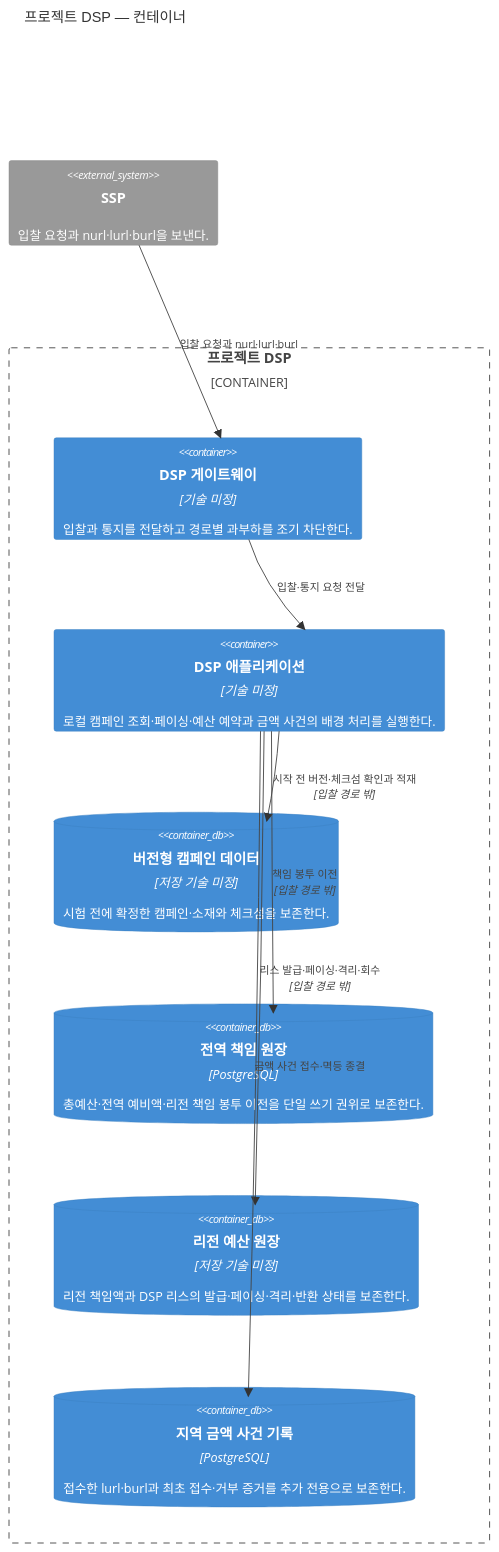
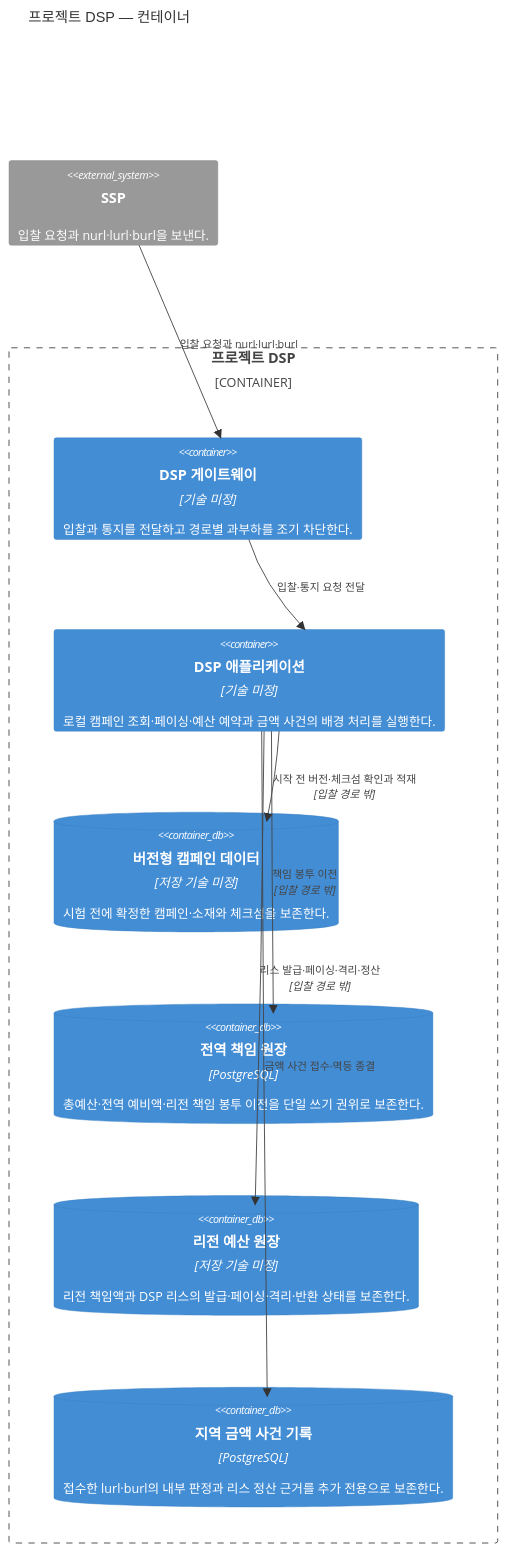
Before and after one commit to bbororo5/low-latency-openrtb-auction: the diagram in docs/architecture/views/dsp-containers.md, drawn with Mermaid. The commit also changed other lines of this file and 19 other files, not shown here.

````diff
--- a/docs/architecture/views/dsp-containers.md
+++ b/docs/architecture/views/dsp-containers.md
@@ -9,24 +9,24 @@
 ```mermaid
 C4Container
     title 프로젝트 DSP — 컨테이너
 
     System_Ext(ssp, "SSP", "입찰 요청과 nurl·lurl·burl을 보낸다.")
 
     Container_Boundary(project_dsp, "프로젝트 DSP") {
         Container(gateway, "DSP 게이트웨이", "기술 미정", "입찰과 통지를 전달하고 경로별 과부하를 조기 차단한다.")
         Container(dsp_application, "DSP 애플리케이션", "기술 미정", "로컬 캠페인 조회·페이싱·예산 예약과 금액 사건의 배경 처리를 실행한다.")
         ContainerDb(campaign_store, "버전형 캠페인 데이터", "저장 기술 미정", "시험 전에 확정한 캠페인·소재와 체크섬을 보존한다.")
         ContainerDb(global_ledger, "전역 책임 원장", "PostgreSQL", "총예산·전역 예비액·리전 책임 봉투 이전을 단일 쓰기 권위로 보존한다.")
         ContainerDb(regional_ledger, "리전 예산 원장", "저장 기술 미정", "리전 책임액과 DSP 리스의 발급·페이싱·격리·반환 상태를 보존한다.")
-        ContainerDb(money_store, "지역 금액 사건 기록", "PostgreSQL", "접수한 lurl·burl과 최초 접수·거부 증거를 추가 전용으로 보존한다.")
+        ContainerDb(money_store, "지역 금액 사건 기록", "PostgreSQL", "접수한 lurl·burl의 내부 판정과 리스 정산 근거를 추가 전용으로 보존한다.")
     }
 
     Rel(ssp, gateway, "입찰 요청과 nurl·lurl·burl")
     Rel(gateway, dsp_application, "입찰·통지 요청 전달")
     Rel(dsp_application, campaign_store, "시작 전 버전·체크섬 확인과 적재", "입찰 경로 밖")
     Rel(dsp_application, global_ledger, "책임 봉투 이전", "입찰 경로 밖")
-    Rel(dsp_application, regional_ledger, "리스 발급·페이싱·격리·회수", "입찰 경로 밖")
+    Rel(dsp_application, regional_ledger, "리스 발급·페이싱·격리·정산", "입찰 경로 밖")
     Rel(dsp_application, money_store, "금액 사건 접수·멱등 종결")
 
     UpdateLayoutConfig($c4ShapeInRow="3", $c4BoundaryInRow="1")
 ```
````
